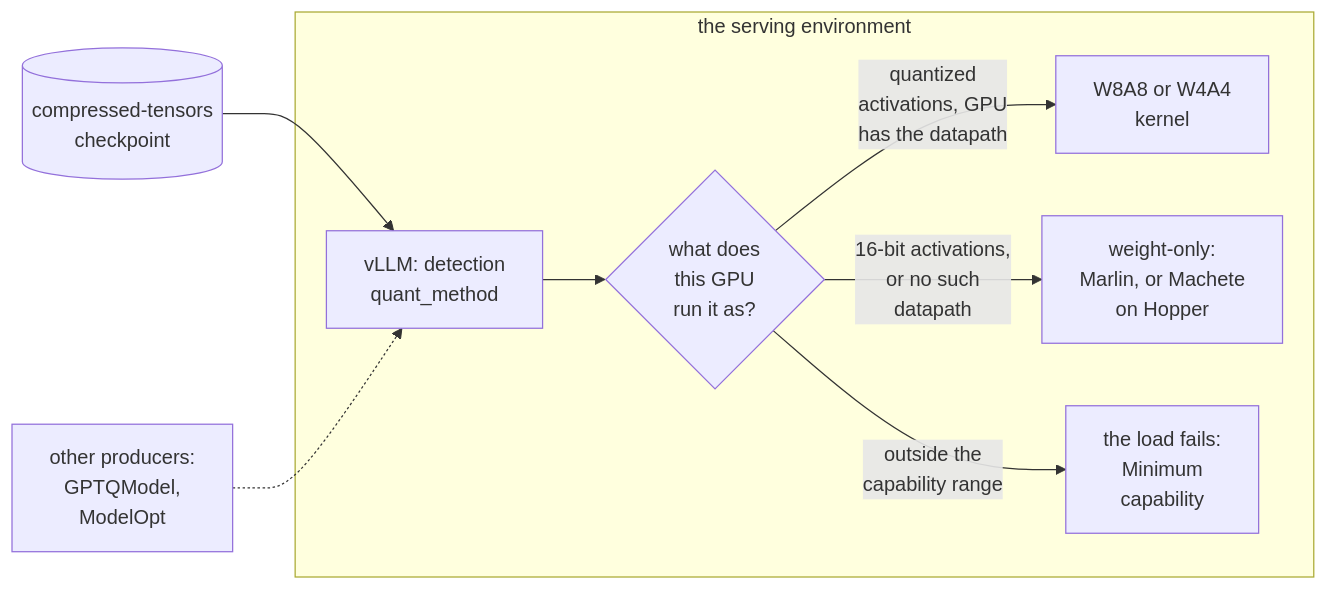
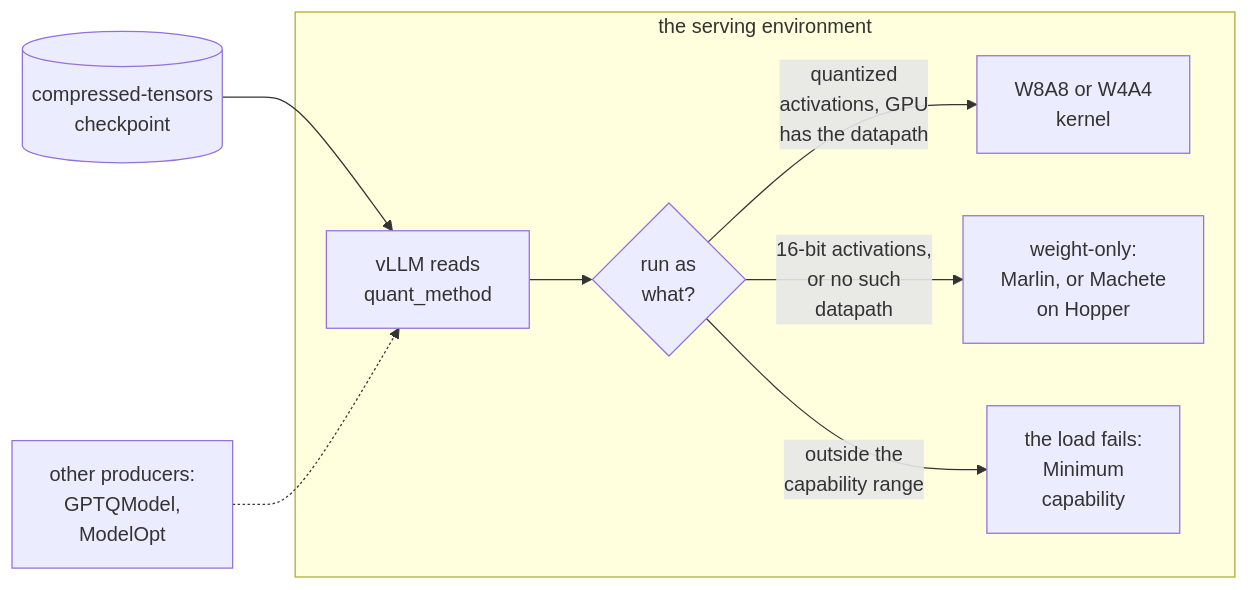
One commit to aniryou/full-stack-agentic-engineer changed the second of 3 diagrams in 04-inference-engine/quantization/PRIMER.md. Above: the diagram before and after it, drawn with Mermaid. The commit also changed other lines of this file and 211 other files, not shown here.

````diff
--- a/04-inference-engine/quantization/PRIMER.md
+++ b/04-inference-engine/quantization/PRIMER.md
@@ -791,11 +803,11 @@
 ```mermaid
 flowchart LR
   K[("compressed-tensors<br/>checkpoint")] --> V
   P["other producers:<br/>GPTQModel,<br/>ModelOpt"] -.-> V
   subgraph S["the serving environment"]
-    V["vLLM: detection<br/>quant_method"] --> G{"what does<br/>this GPU<br/>run it as?"}
+    V["vLLM reads<br/>quant_method"] --> G{"run as<br/>what?"}
     G -->|"quantized<br/>activations, GPU<br/>has the datapath"| N["W8A8 or W4A4<br/>kernel"]
     G -->|"16-bit activations,<br/>or no such<br/>datapath"| W["weight-only:<br/>Marlin, or Machete<br/>on Hopper"]
     G -->|"outside the<br/>capability range"| E["the load fails:<br/>Minimum<br/>capability"]
   end
 ```
````
